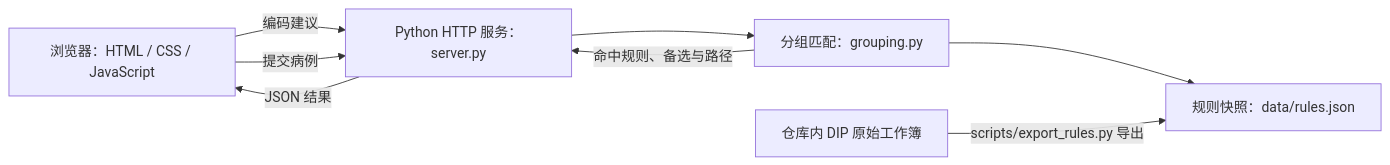
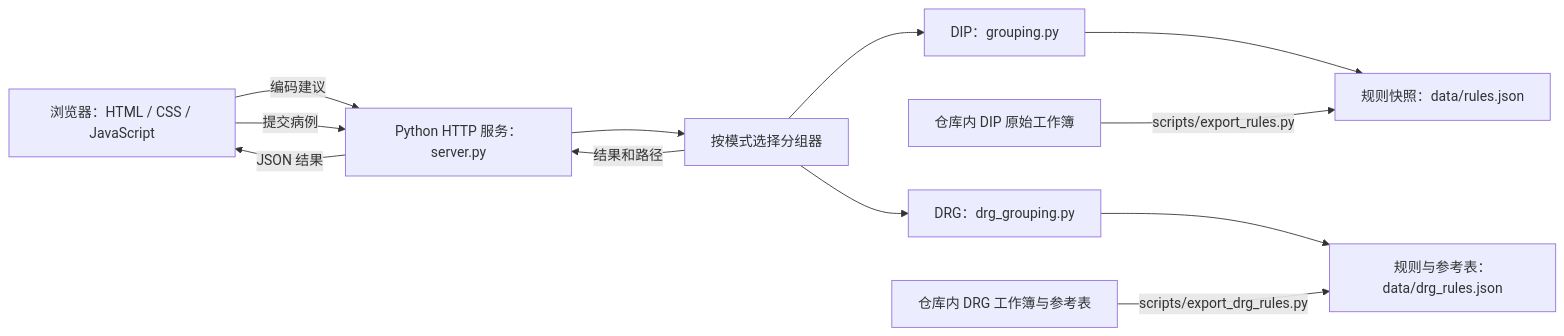
One commit to Jensen-Yang-CN/DRG-DIP changed the third of 3 diagrams in README.md. Above: the diagram before and after it, drawn with Mermaid. The commit also changed other lines of this file and 19 other files, not shown here.

Commit message:
完善 DIP 与 DRG 分组演示及中文项目说明

````diff
--- a/README.md
+++ b/README.md
@@ -108,10 +234,14 @@
 ```mermaid
 flowchart LR
     A[浏览器：HTML / CSS / JavaScript] -->|编码建议| B[Python HTTP 服务：server.py]
     A -->|提交病例| B
-    B --> C[分组匹配：grouping.py]
-    C --> D[规则快照：data/rules.json]
-    E[仓库内 DIP 原始工作簿] -->|scripts/export_rules.py 导出| D
-    C -->|命中规则、备选与路径| B
+    B --> C[按模式选择分组器]
+    C --> D[DIP：grouping.py]
+    C --> G[DRG：drg_grouping.py]
+    D --> H[规则快照：data/rules.json]
+    G --> I[规则与参考表：data/drg_rules.json]
+    E[仓库内 DIP 原始工作簿] -->|scripts/export_rules.py| H
+    F[仓库内 DRG 工作簿与参考表] -->|scripts/export_drg_rules.py| I
+    C -->|结果和路径| B
     B -->|JSON 结果| A
 ```
````
